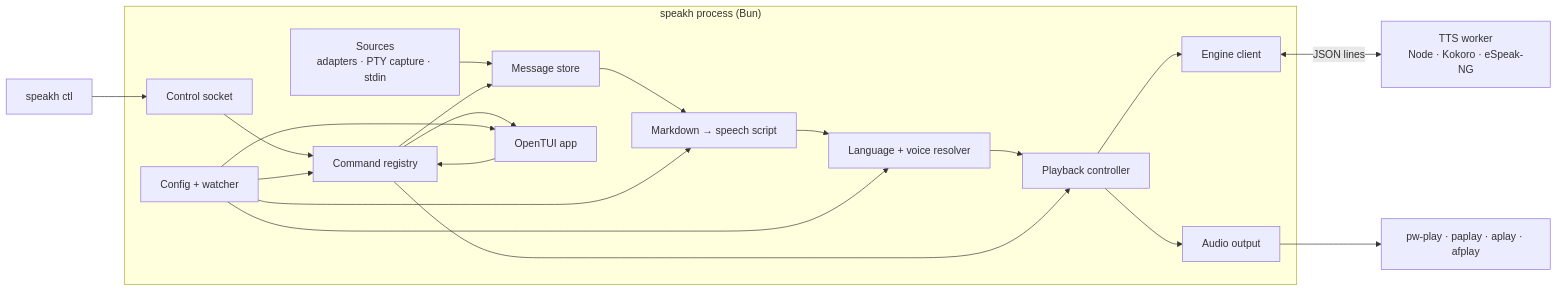
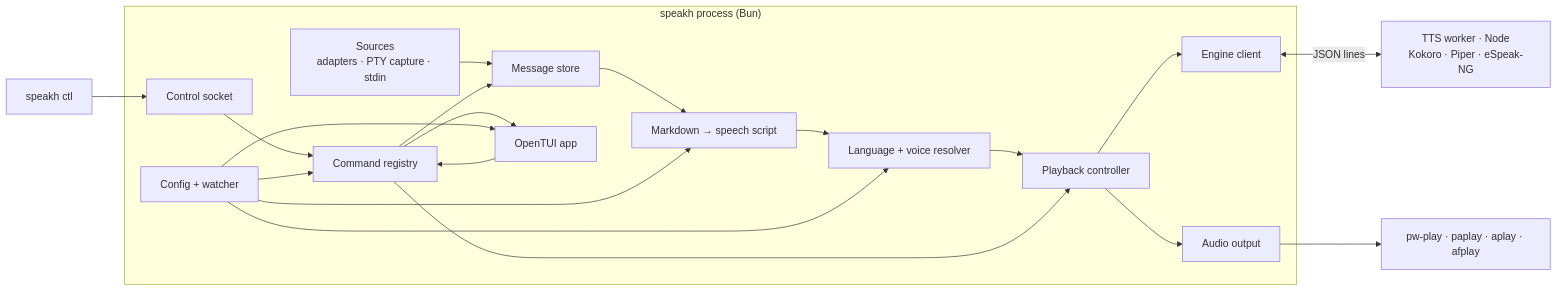
Before and after one commit to Matheuscara/speak-harness: the first of 2 diagrams in docs/DESIGN.md, drawn with Mermaid. The commit also changed other lines of this file and 1 other file, not shown here.

Commit message:
docs: design interchangeable speech engines with Piper for pt-BR

````diff
--- a/docs/DESIGN.md
+++ b/docs/DESIGN.md
@@ -9,18 +9,18 @@
 ```mermaid
 flowchart LR
   subgraph core["speakh process (Bun)"]
     SRC[Sources<br/>adapters · PTY capture · stdin] --> BUS[Message store]
     BUS --> MD[Markdown → speech script]
     MD --> LANG[Language + voice resolver]
     LANG --> PB[Playback controller]
     PB --> ENG[Engine client]
     PB --> OUT[Audio output]
     CMD[Command registry] --> PB & BUS & UI
     UI[OpenTUI app] --> CMD
     SOCK[Control socket] --> CMD
     CFG[Config + watcher] --> MD & LANG & UI & CMD
   end
-  ENG <-->|JSON lines| W[TTS worker<br/>Node · Kokoro · eSpeak-NG]
+  ENG <-->|JSON lines| W[TTS worker · Node<br/>Kokoro · Piper · eSpeak-NG]
   OUT --> P[pw-play · paplay · aplay · afplay]
   CTL[speakh ctl] --> SOCK
 ```
````
